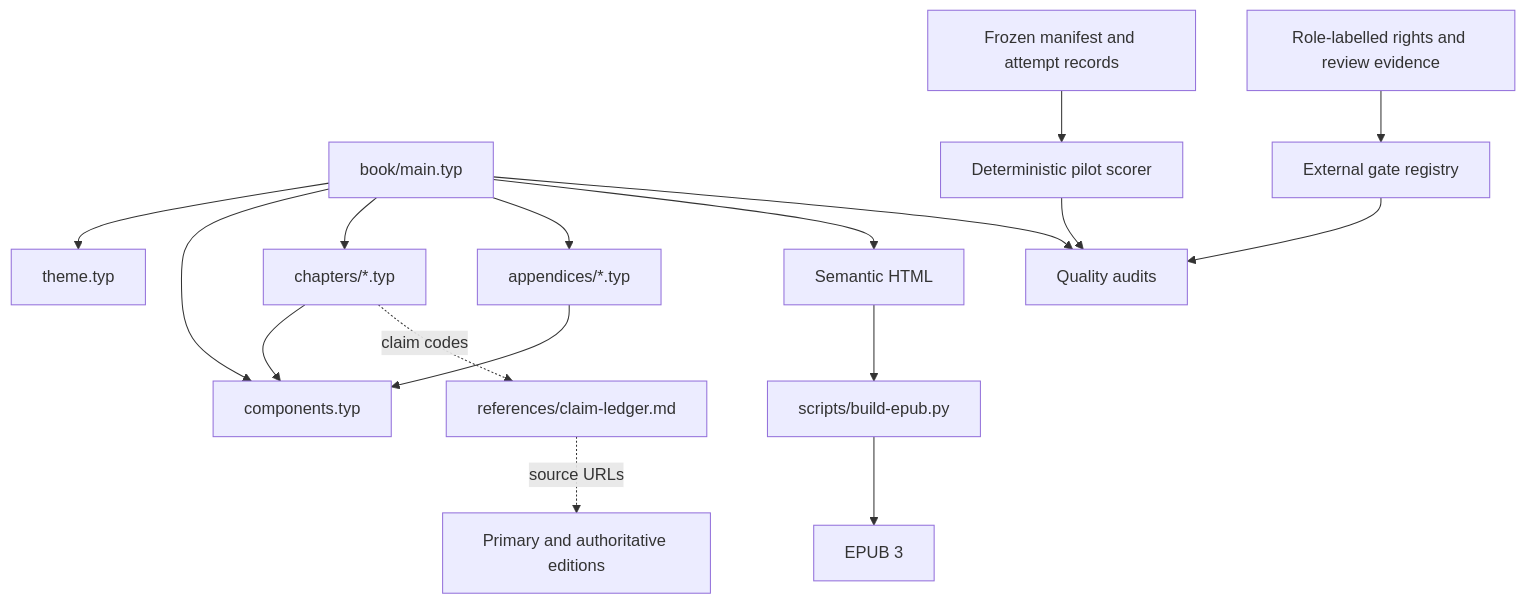
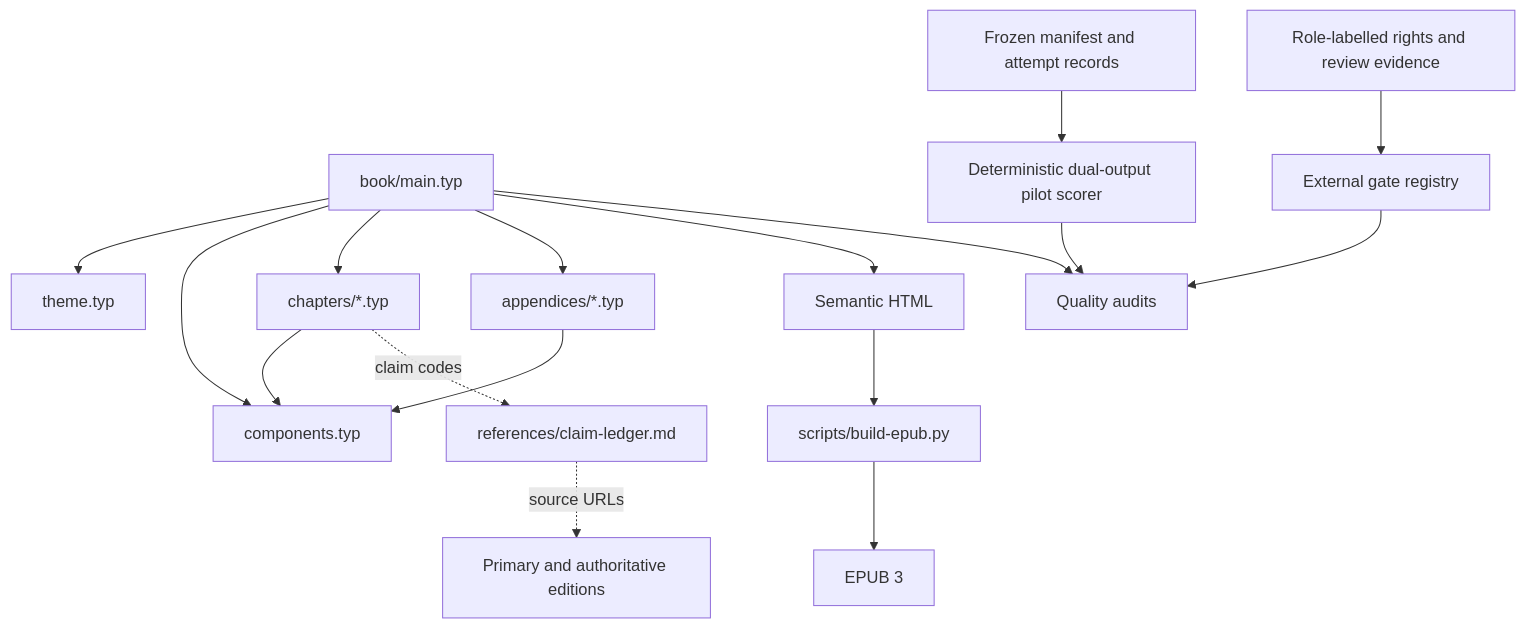
One commit to streamentry/streamentry changed the second of 5 diagrams in AGENTS.md. Above: the diagram before and after it, drawn with Mermaid. The commit also changed other lines of this file and 33 other files, not shown here.

````diff
--- a/AGENTS.md
+++ b/AGENTS.md
@@ -85,19 +85,19 @@
 ```mermaid
 flowchart TB
   M["book/main.typ"] --> T["theme.typ"]
   M --> C["components.typ"]
   M --> H["chapters/*.typ"]
   M --> A["appendices/*.typ"]
   M --> E["Semantic HTML"]
   E --> P["scripts/build-epub.py"]
   P --> U["EPUB 3"]
   M --> Q["Quality audits"]
-  N["Frozen manifest and attempt records"] --> G["Deterministic pilot scorer"]
+  N["Frozen manifest and attempt records"] --> G["Deterministic dual-output pilot scorer"]
   G --> Q
   X["External gate registry"] --> Q
   R["Role-labelled rights and review evidence"] --> X
   H --> C
   A --> C
   H -. "claim codes" .-> L["references/claim-ledger.md"]
   L -. "source URLs" .-> S["Primary and authoritative editions"]
 ```
````
